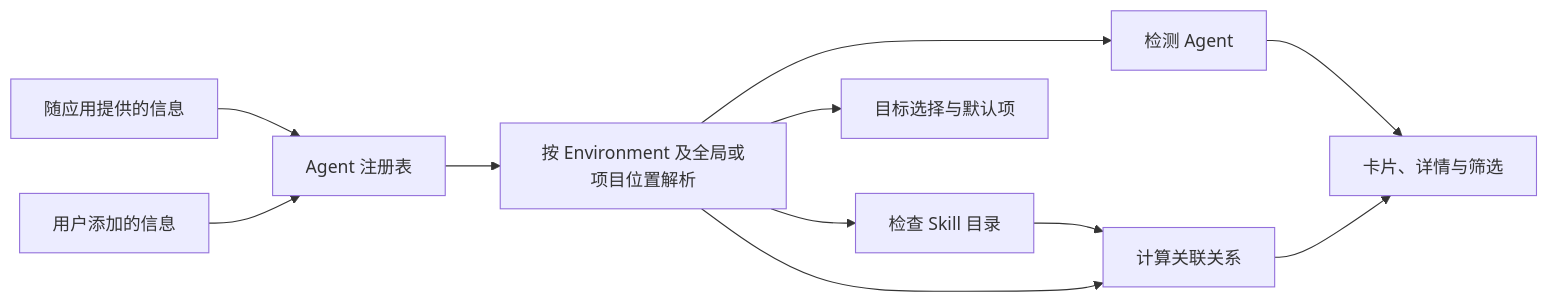
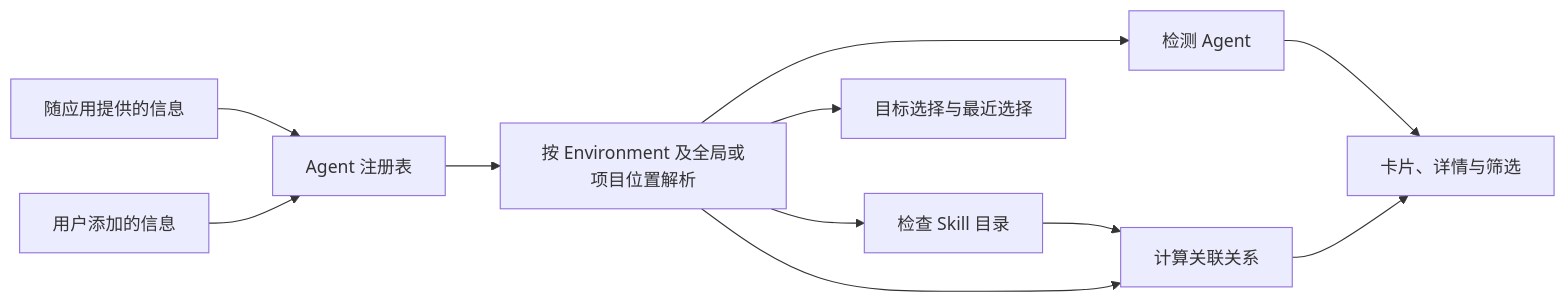
One commit to Hccake/skill-deck changed the diagram in docs/agent-model.md. Above: the diagram before and after it, drawn with Mermaid. The commit also changed other lines of this file and 37 other files, not shown here.

````diff
--- a/docs/agent-model.md
+++ b/docs/agent-model.md
@@ -5,13 +5,13 @@
 ```mermaid
 flowchart LR
     Provided["随应用提供的信息"] --> Registry["Agent 注册表"]
     Added["用户添加的信息"] --> Registry
     Registry --> Resolve["按 Environment 及全局或项目位置解析"]
     Resolve --> Detection["检测 Agent"]
     Resolve --> Directory["检查 Skill 目录"]
     Directory --> Association
     Resolve --> Association["计算关联关系"]
     Detection --> Display["卡片、详情与筛选"]
     Association --> Display
-    Resolve --> Selection["目标选择与默认项"]
+    Resolve --> Selection["目标选择与最近选择"]
 ```
````
